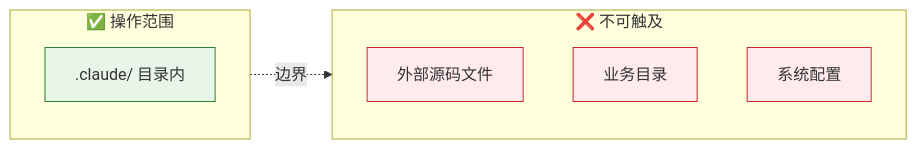
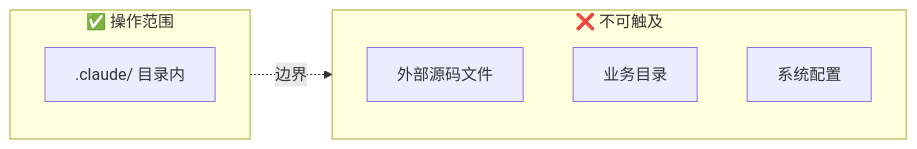
The second of 8 diagrams in rules/rui-claude.md (effiy/YrY), drawn with Mermaid before and after one commit. The commit also changed other lines of this file and 61 other files, not shown here.

````diff
--- a/rules/rui-claude.md
+++ b/rules/rui-claude.md
@@ -56,15 +51,13 @@
 ```mermaid
 flowchart LR
     subgraph 允许["✅ 操作范围"]
         IN[".claude/ 目录内"]:::ok
     end
     subgraph 禁止["❌ 不可触及"]
         OUT1["外部源码文件"]:::block
         OUT2["业务目录"]:::block
         OUT3["系统配置"]:::block
     end
     允许 -.->|"边界"| 禁止
 
-    classDef ok fill:#e8f5e9,stroke:#2e7d32;
-    classDef block fill:#ffebee,stroke:#c62828;
 ```
````
